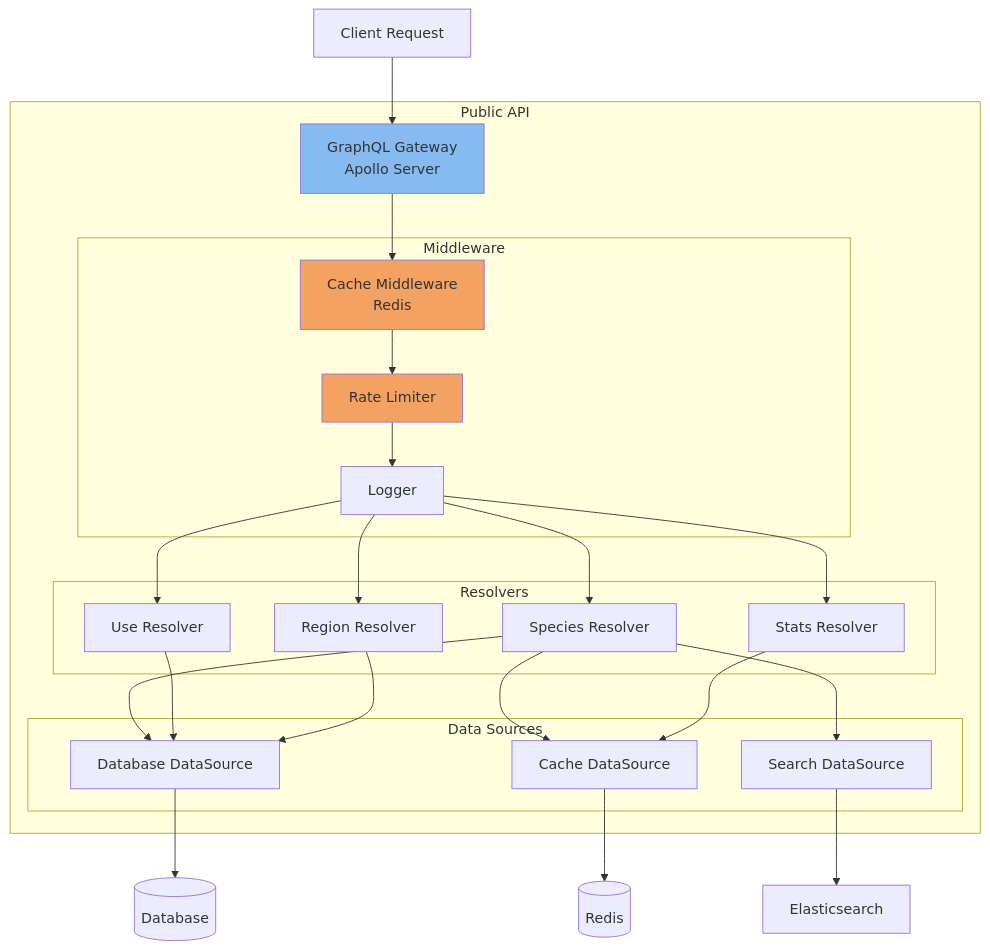
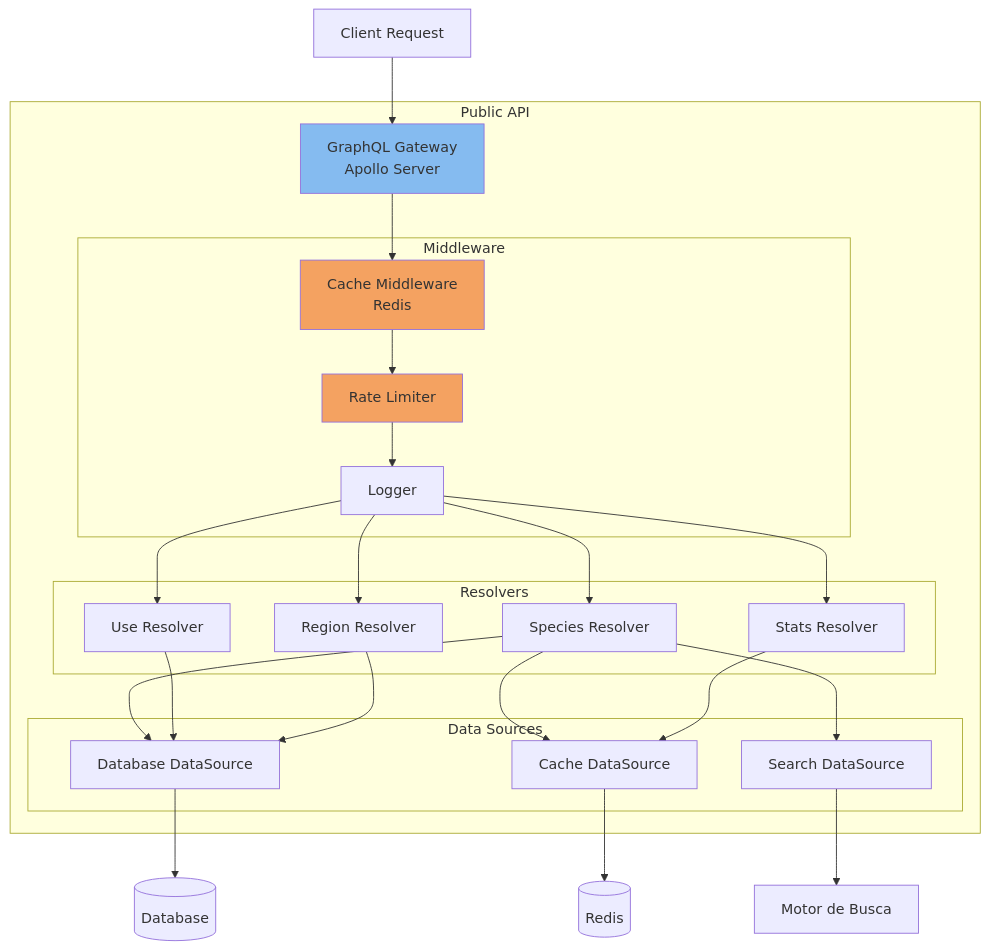
The fourth of 5 diagrams in docs/c4-model/03-component-diagram.md (edalcin/etnoArquitetura), drawn with Mermaid before and after one commit. The commit also changed other lines of this file and 9 other files, not shown here.

First line of the commit message:
Enhance architecture documentation with integration references and comprehensive bibliography

````diff
--- a/docs/c4-model/03-component-diagram.md
+++ b/docs/c4-model/03-component-diagram.md
@@ -638,51 +638,51 @@
 ```mermaid
 graph TB
     subgraph "Public API"
         GW[GraphQL Gateway<br/>Apollo Server]
 
         subgraph "Resolvers"
             SR[Species Resolver]
             UR[Use Resolver]
             RR3[Region Resolver]
             StR[Stats Resolver]
         end
 
         subgraph "Data Sources"
             DB_DS[Database DataSource]
             CACHE_DS[Cache DataSource]
             SEARCH_DS[Search DataSource]
         end
 
         subgraph "Middleware"
             CACHE_MW[Cache Middleware<br/>Redis]
             RATE_MW[Rate Limiter]
             LOG_MW[Logger]
         end
     end
 
     CLIENT[Client Request] --> GW
     GW --> CACHE_MW
     CACHE_MW --> RATE_MW
     RATE_MW --> LOG_MW
 
     LOG_MW --> SR
     LOG_MW --> UR
     LOG_MW --> RR3
     LOG_MW --> StR
 
     SR --> DB_DS
     SR --> CACHE_DS
     SR --> SEARCH_DS
 
     UR --> DB_DS
     RR3 --> DB_DS
     StR --> CACHE_DS
 
     DB_DS --> DB3[(Database)]
     CACHE_DS --> CACHE3[(Redis)]
-    SEARCH_DS --> SEARCH3[Elasticsearch]
+    SEARCH_DS --> SEARCH3[Motor de Busca]
 
     style GW fill:#85bbf0
     style CACHE_MW fill:#f4a261
     style RATE_MW fill:#f4a261
 ```
````
